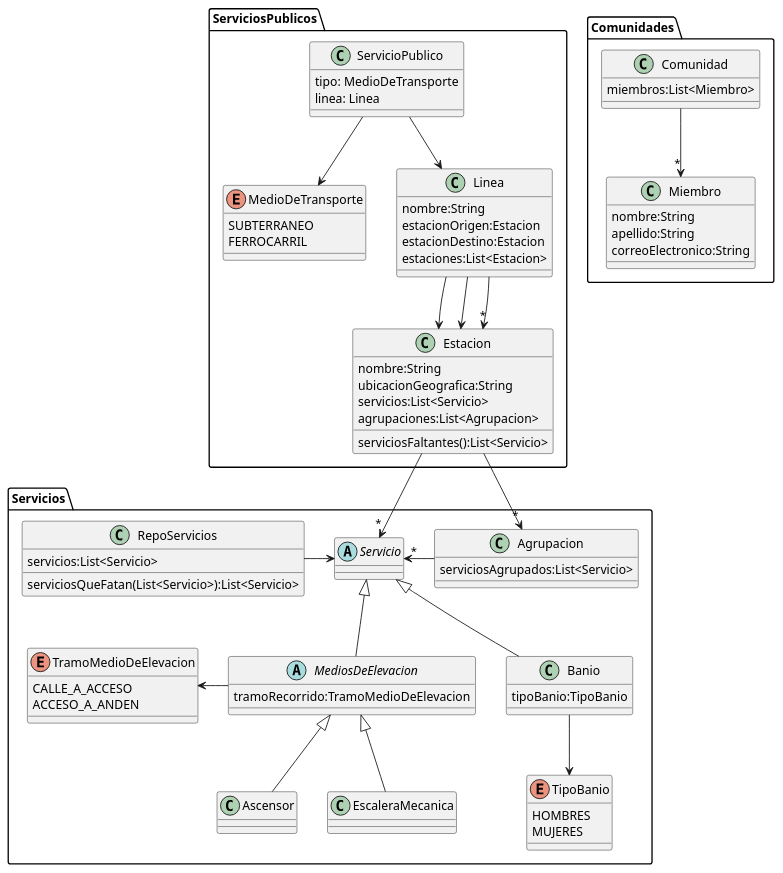
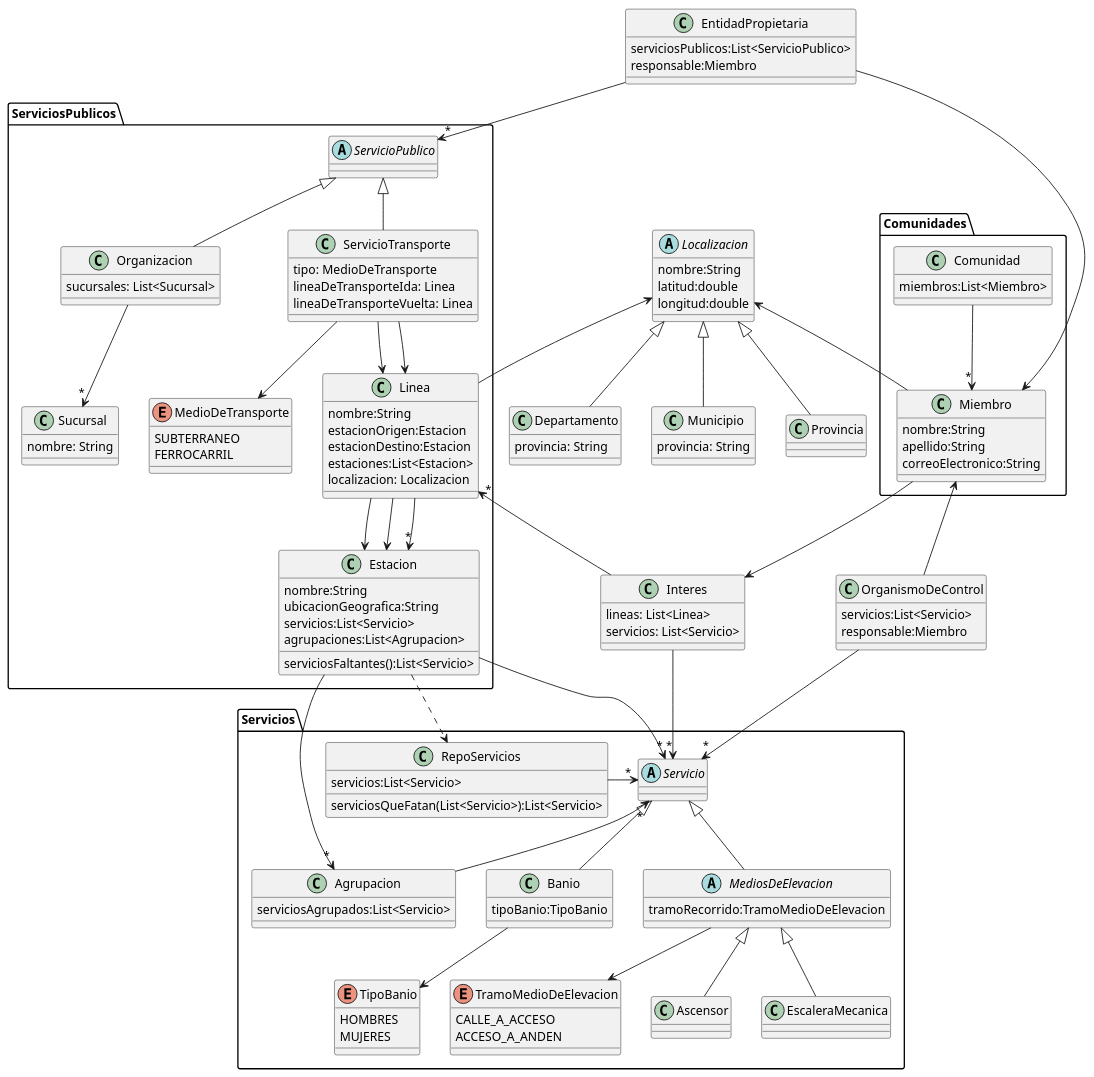
One commit to tomidandrea/TPA-DDS-2023 changed the diagram in out/diagramaDeClases.puml. Above: the diagram before and after it, drawn with PlantUML.

Commit message:
Actualizamos diagrama

```diff
--- a/out/diagramaDeClases.puml
+++ b/out/diagramaDeClases.puml
@@ -1,101 +1,161 @@
 @startuml
 'https://plantuml.com/class-diagram
 
 package ServiciosPublicos{
-    class ServicioPublico{
+    abstract class ServicioPublico{}
+
+    class Organizacion{
+        sucursales: List<Sucursal>
+    }
+
+    class Sucursal{
+        nombre: String
+    }
+
+    class ServicioTransporte{
         tipo: MedioDeTransporte
-        linea: Linea
+        lineaDeTransporteIda: Linea
+        lineaDeTransporteVuelta: Linea
     }
     enum MedioDeTransporte{
         SUBTERRANEO
         FERROCARRIL
     }
     class Linea{
         nombre:String
         estacionOrigen:Estacion
         estacionDestino:Estacion
         estaciones:List<Estacion>
+        localizacion: Localizacion
     }
 
     class Estacion{
         nombre:String
         ubicacionGeografica:String
         servicios:List<Servicio>
         agrupaciones:List<Agrupacion>
         serviciosFaltantes():List<Servicio>
     }
+
+    Organizacion -->"*" Sucursal
+    Organizacion -up-|> ServicioPublico
+    ServicioTransporte -up-|> ServicioPublico
+    ServicioTransporte --> MedioDeTransporte
+    ServicioTransporte --> Linea
+    ServicioTransporte --> Linea
     Linea --> Estacion
     Linea --> Estacion
     Linea -->"*" Estacion
-    ServicioPublico --> MedioDeTransporte
-    ServicioPublico --> Linea
 }
 
 
 package Servicios {
   class RepoServicios{
       servicios:List<Servicio>
       serviciosQueFatan(List<Servicio>):List<Servicio>
   }
   class Agrupacion{
       serviciosAgrupados:List<Servicio>
   }
   abstract class Servicio{
   }
 
   abstract class MediosDeElevacion{
     tramoRecorrido:TramoMedioDeElevacion
   }
 
   enum TramoMedioDeElevacion{
     CALLE_A_ACCESO
     ACCESO_A_ANDEN
   }
 
   class Ascensor{
   }
 
   class EscaleraMecanica{
   }
 
   class Banio{
     tipoBanio:TipoBanio
   }
 
   enum TipoBanio{
     HOMBRES
     MUJERES
   }
 
 'Relaciones de servicios
-    RepoServicios -right-> Servicio
+    RepoServicios -left->"*" Servicio
     Estacion -->"*" Servicio
     Estacion -->"*" Agrupacion
-    Agrupacion -left->"*" Servicio
+    Agrupacion -up->"*" Servicio
     MediosDeElevacion -up-|> Servicio
-    MediosDeElevacion -left-> TramoMedioDeElevacion
+    MediosDeElevacion --> TramoMedioDeElevacion
     Ascensor -up-|> MediosDeElevacion
     EscaleraMecanica -up-|> MediosDeElevacion
     Banio -up-|> Servicio
     Banio -down-> TipoBanio
 }
 
 package Comunidades{
     class Comunidad{
         miembros:List<Miembro>
     }
     class Miembro{
         nombre:String
         apellido:String
         correoElectronico:String
     }
-    Comunidad -down->"*" Miembro
+    Comunidad -->"*" Miembro
 }
 
+class EntidadPropietaria{
+    serviciosPublicos:List<ServicioPublico>
+    responsable:Miembro
+}
 
+class OrganismoDeControl{
+    servicios:List<Servicio>
+    responsable:Miembro
+}
 
+class Interes{
+    lineas: List<Linea>
+    servicios: List<Servicio>
+}
 
+abstract class Localizacion {
+    nombre:String
+    latitud:double
+    longitud:double
+}
 
+class Municipio{
+    provincia: String
+}
 
+class Provincia{}
+
+class Departamento{
+    provincia: String
+}
+
+Miembro-up->Localizacion
+Municipio-up-|>Localizacion
+Provincia-up-|>Localizacion
+Departamento-up-|>Localizacion
+
+Linea-left->Localizacion
+
+Miembro-->Interes
+Interes-->"*"Linea
+Interes-left->"*"Servicio
+
+EntidadPropietaria-->"*"ServicioPublico
+EntidadPropietaria-down->Miembro
+OrganismoDeControl-->"*"Servicio
+OrganismoDeControl-up->Miembro
+
+Estacion ..> RepoServicios
 
 @enduml
```
